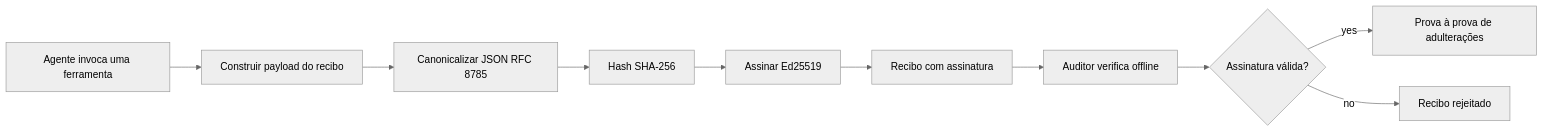
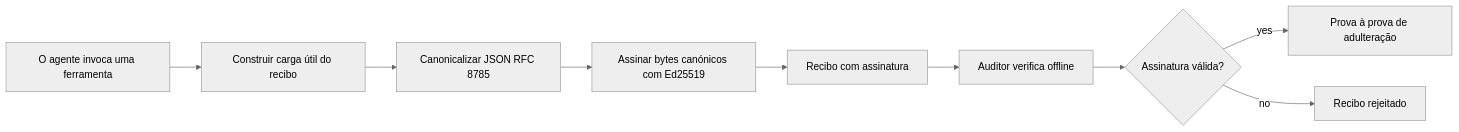
The first of 2 diagrams in translations/pt-PT/18-securing-ai-agents/README.md (microsoft/ai-agents-for-beginners), drawn with Mermaid (neutral theme) before and after one commit. The commit also changed other lines of this file and 46 other files, not shown here.

````diff
--- a/translations/pt-PT/18-securing-ai-agents/README.md
+++ b/translations/pt-PT/18-securing-ai-agents/README.md
@@ -51,12 +51,11 @@
 ```mermaid
 flowchart LR
-    A[Agente invoca uma ferramenta] --> B[Construir payload do recibo]
+    A[O agente invoca uma ferramenta] --> B[Construir carga útil do recibo]
     B --> C[Canonicalizar JSON RFC 8785]
-    C --> D[Hash SHA-256]
-    D --> E[Assinar Ed25519]
+    C --> E[Assinar bytes canónicos com Ed25519]
     E --> F[Recibo com assinatura]
     F --> G[Auditor verifica offline]
     G --> H{Assinatura válida?}
-    H -- yes --> I[Prova à prova de adulterações]
+    H -- yes --> I[Prova à prova de adulteração]
     H -- no --> J[Recibo rejeitado]
 ```
````
